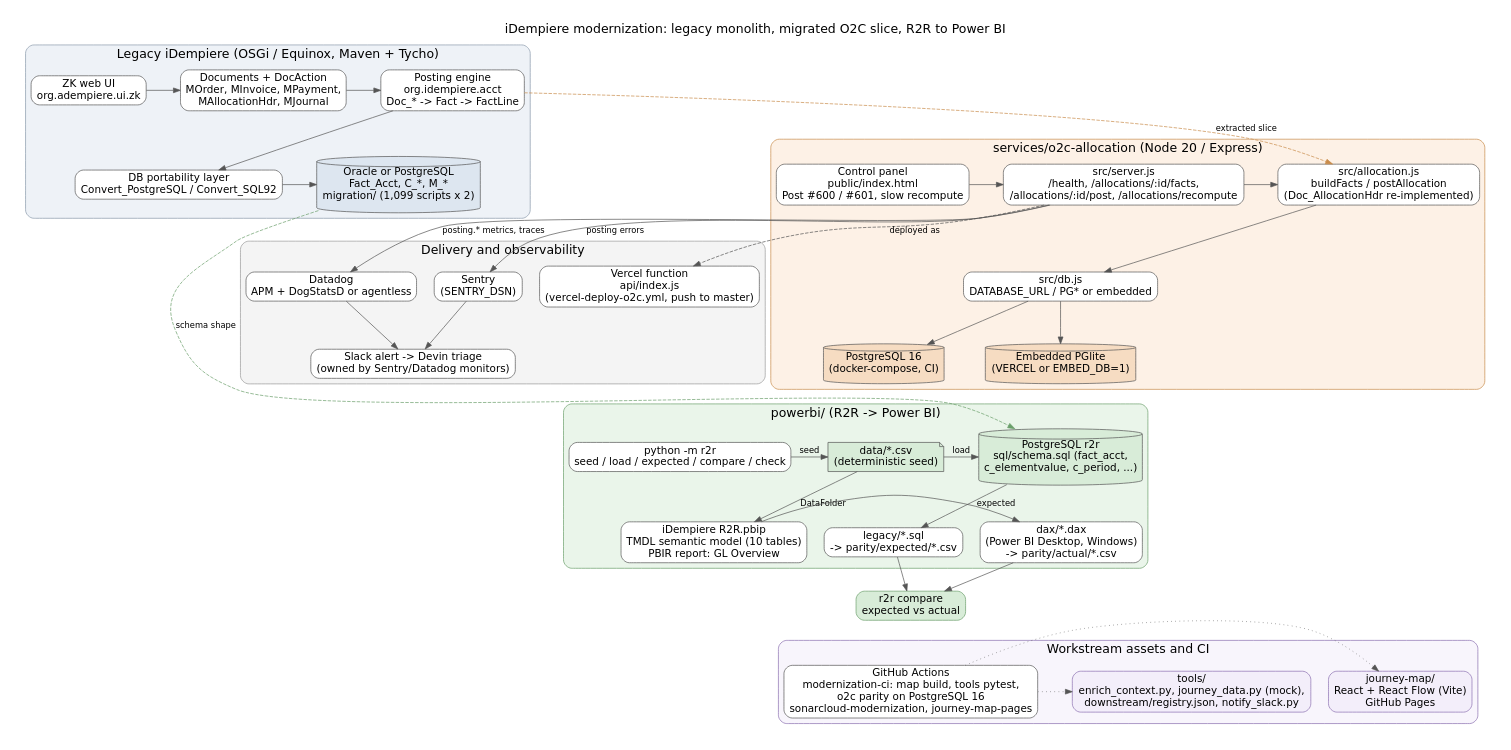
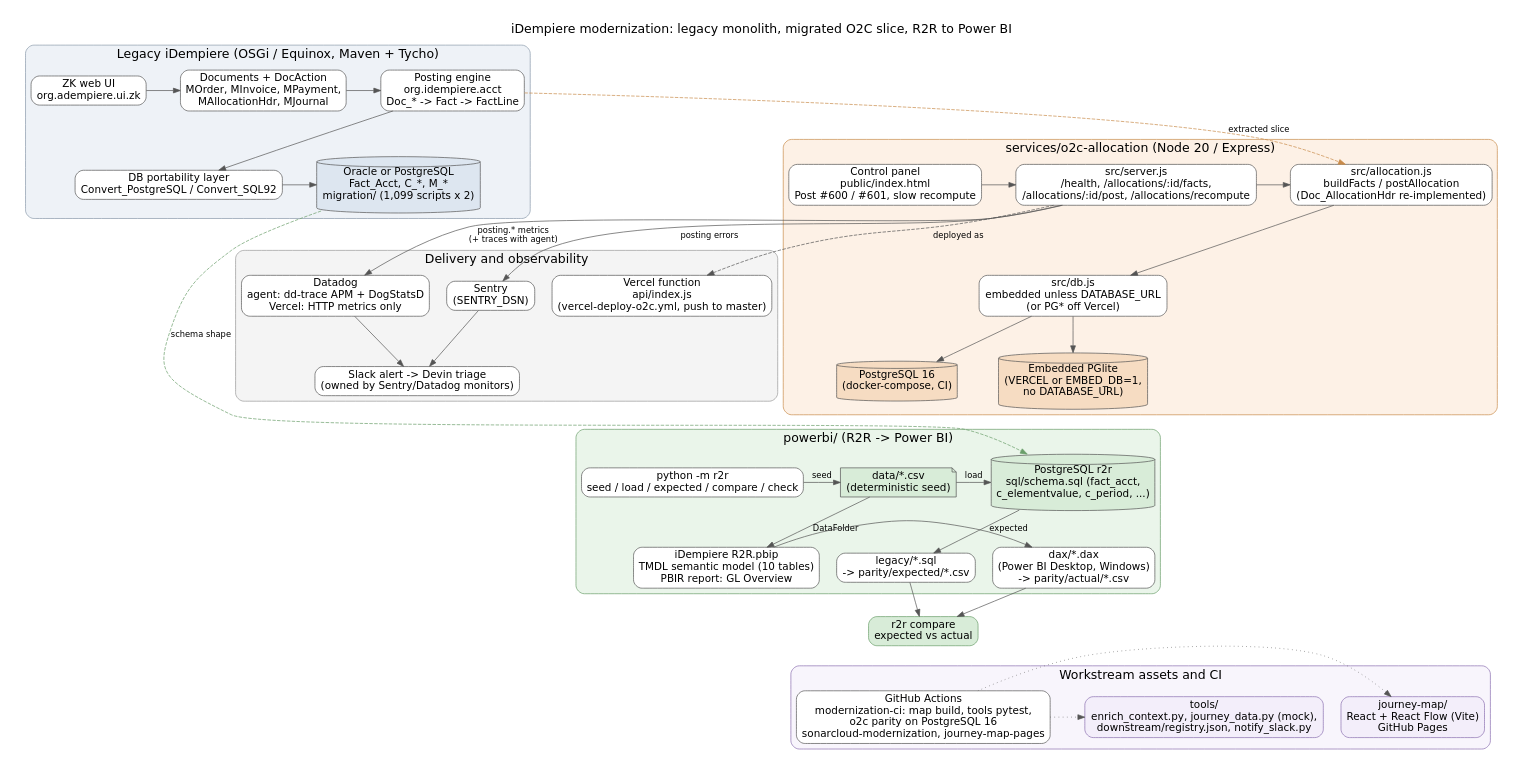
The diagram in modernization/diagrams/architecture.dot (COG-GTM/idempiere), drawn with Graphviz before and after one commit. The commit also changed 4 other files, not shown here.

Commit message:
docs(modernization): correct DB-mode precedence and Vercel Datadog (metrics only) per review

```diff
--- a/modernization/diagrams/architecture.dot
+++ b/modernization/diagrams/architecture.dot
@@ -1,81 +1,81 @@
 // Modernization architecture for the iDempiere Oracle -> PostgreSQL workstream.
 // Edit this file, then run ./render.sh to regenerate architecture.png and architecture.svg.
 digraph modernization {
   graph [rankdir=TB, fontname="DejaVu Sans", fontsize=18, labelloc=t, nodesep=0.35, ranksep=0.55,
          label="iDempiere modernization: legacy monolith, migrated O2C slice, R2R to Power BI", pad=0.3];
   node  [shape=box, style="rounded,filled", fontname="DejaVu Sans", fontsize=15, fillcolor="#ffffff", color="#555555"];
   edge  [fontname="DejaVu Sans", fontsize=12, color="#555555"];
 
   subgraph cluster_legacy {
     label="Legacy iDempiere (OSGi / Equinox, Maven + Tycho)"; style="rounded,filled"; fillcolor="#eef2f7"; color="#8899aa";
     zk      [label="ZK web UI\norg.adempiere.ui.zk"];
     docs    [label="Documents + DocAction\nMOrder, MInvoice, MPayment,\nMAllocationHdr, MJournal"];
     posting [label="Posting engine\norg.idempiere.acct\nDoc_* -> Fact -> FactLine"];
     dbport  [label="DB portability layer\nConvert_PostgreSQL / Convert_SQL92"];
     legdb   [label="Oracle or PostgreSQL\nFact_Acct, C_*, M_*\nmigration/ (1,099 scripts x 2)", shape=cylinder, fillcolor="#dde6f0"];
     zk -> docs -> posting -> dbport -> legdb;
     {rank=same; zk; docs; posting;}
     {rank=same; dbport; legdb;}
   }
 
   subgraph cluster_o2c {
     label="services/o2c-allocation (Node 20 / Express)"; style="rounded,filled"; fillcolor="#fdf1e6"; color="#c98b4a";
     panel   [label="Control panel\npublic/index.html\nPost #600 / #601, slow recompute"];
     server  [label="src/server.js\n/health, /allocations/:id/facts,\n/allocations/:id/post, /allocations/recompute"];
     alloc   [label="src/allocation.js\nbuildFacts / postAllocation\n(Doc_AllocationHdr re-implemented)"];
-    dbjs    [label="src/db.js\nDATABASE_URL / PG* or embedded"];
+    dbjs    [label="src/db.js\nembedded unless DATABASE_URL\n(or PG* off Vercel)"];
     pg16    [label="PostgreSQL 16\n(docker-compose, CI)", shape=cylinder, fillcolor="#f6dcc2"];
-    pglite  [label="Embedded PGlite\n(VERCEL or EMBED_DB=1)", shape=cylinder, fillcolor="#f6dcc2"];
+    pglite  [label="Embedded PGlite\n(VERCEL or EMBED_DB=1,\nno DATABASE_URL)", shape=cylinder, fillcolor="#f6dcc2"];
     panel -> server -> alloc -> dbjs;
     {rank=same; panel; server; alloc;}
     dbjs -> pg16; dbjs -> pglite;
     {rank=same; pg16; pglite;}
   }
 
   subgraph cluster_r2r {
     label="powerbi/ (R2R -> Power BI)"; style="rounded,filled"; fillcolor="#eaf5ea"; color="#6a9f6a";
     cli     [label="python -m r2r\nseed / load / expected / compare / check"];
     csv     [label="data/*.csv\n(deterministic seed)", shape=note, fillcolor="#d8ecd8"];
     r2rdb   [label="PostgreSQL r2r\nsql/schema.sql (fact_acct,\nc_elementvalue, c_period, ...)", shape=cylinder, fillcolor="#d8ecd8"];
     legsql  [label="legacy/*.sql\n-> parity/expected/*.csv"];
     model   [label="iDempiere R2R.pbip\nTMDL semantic model (10 tables)\nPBIR report: GL Overview"];
     dax     [label="dax/*.dax\n(Power BI Desktop, Windows)\n-> parity/actual/*.csv"];
     cli -> csv [label="seed"];
     csv -> r2rdb [label="load"];
     r2rdb -> legsql [label="expected"];
     csv -> model [label="DataFolder"];
     model -> dax;
     {rank=same; cli; csv; r2rdb;}
     {rank=same; legsql; model; dax;}
   }
 
   subgraph cluster_assets {
     label="Workstream assets and CI"; style="rounded,filled"; fillcolor="#f8f5fc"; color="#8a6fb0";
     ci      [label="GitHub Actions\nmodernization-ci: map build, tools pytest,\no2c parity on PostgreSQL 16\nsonarcloud-modernization, journey-map-pages", fillcolor="#ffffff"];
     journey [label="journey-map/\nReact + React Flow (Vite)\nGitHub Pages", fillcolor="#f3eefa", color="#8a6fb0"];
   tools   [label="tools/\nenrich_context.py, journey_data.py (mock),\ndownstream/registry.json, notify_slack.py", fillcolor="#f3eefa", color="#8a6fb0"];
     {rank=same; ci; journey; tools;}
   }
 
   subgraph cluster_ops {
     label="Delivery and observability"; style="rounded,filled"; fillcolor="#f4f4f4"; color="#999999";
     vercel  [label="Vercel function\napi/index.js\n(vercel-deploy-o2c.yml, push to master)"];
     sentry  [label="Sentry\n(SENTRY_DSN)"];
-    datadog [label="Datadog\nAPM + DogStatsD or agentless"];
+    datadog [label="Datadog\nagent: dd-trace APM + DogStatsD\nVercel: HTTP metrics only"];
     slack   [label="Slack alert -> Devin triage\n(owned by Sentry/Datadog monitors)"];
     {rank=same; sentry; datadog;}
   }
 
   posting -> alloc  [label="extracted slice", style=dashed, color="#c98b4a"];
   legdb   -> r2rdb  [label="schema shape", style=dashed, color="#6a9f6a"];
   compare [label="r2r compare\nexpected vs actual", fillcolor="#d8ecd8", color="#6a9f6a"];
   legsql -> compare; dax -> compare;
 
   server -> vercel  [label="deployed as", style=dashed];
   server -> sentry  [label="posting errors"];
-  server -> datadog [label="posting.* metrics, traces"];
+  server -> datadog [label="posting.* metrics\n(+ traces with agent)"];
   sentry -> slack; datadog -> slack;
   pg16 -> cli [style=invis]; pglite -> r2rdb [style=invis];
   compare -> ci [style=invis];
   ci -> journey [style=dotted]; ci -> tools [style=dotted];
 }
```
